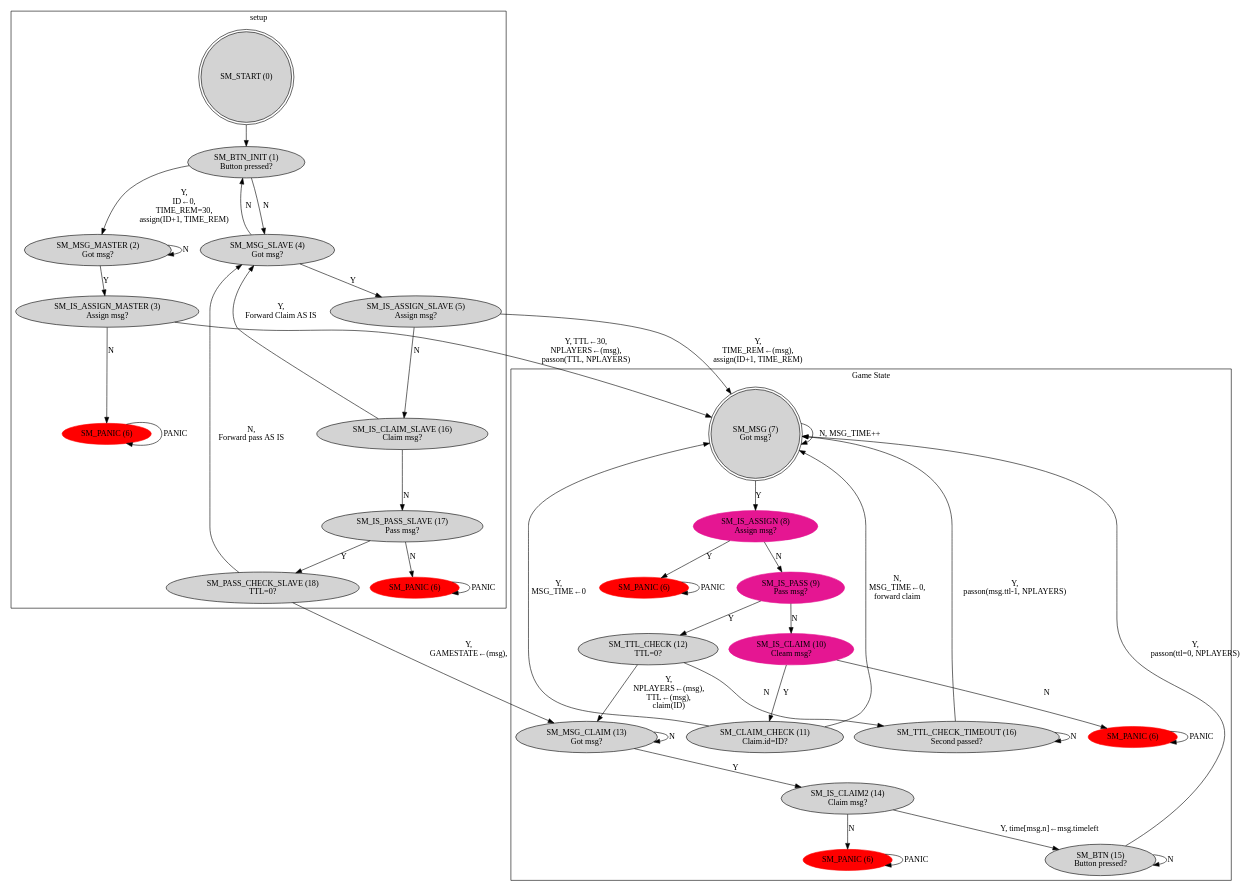
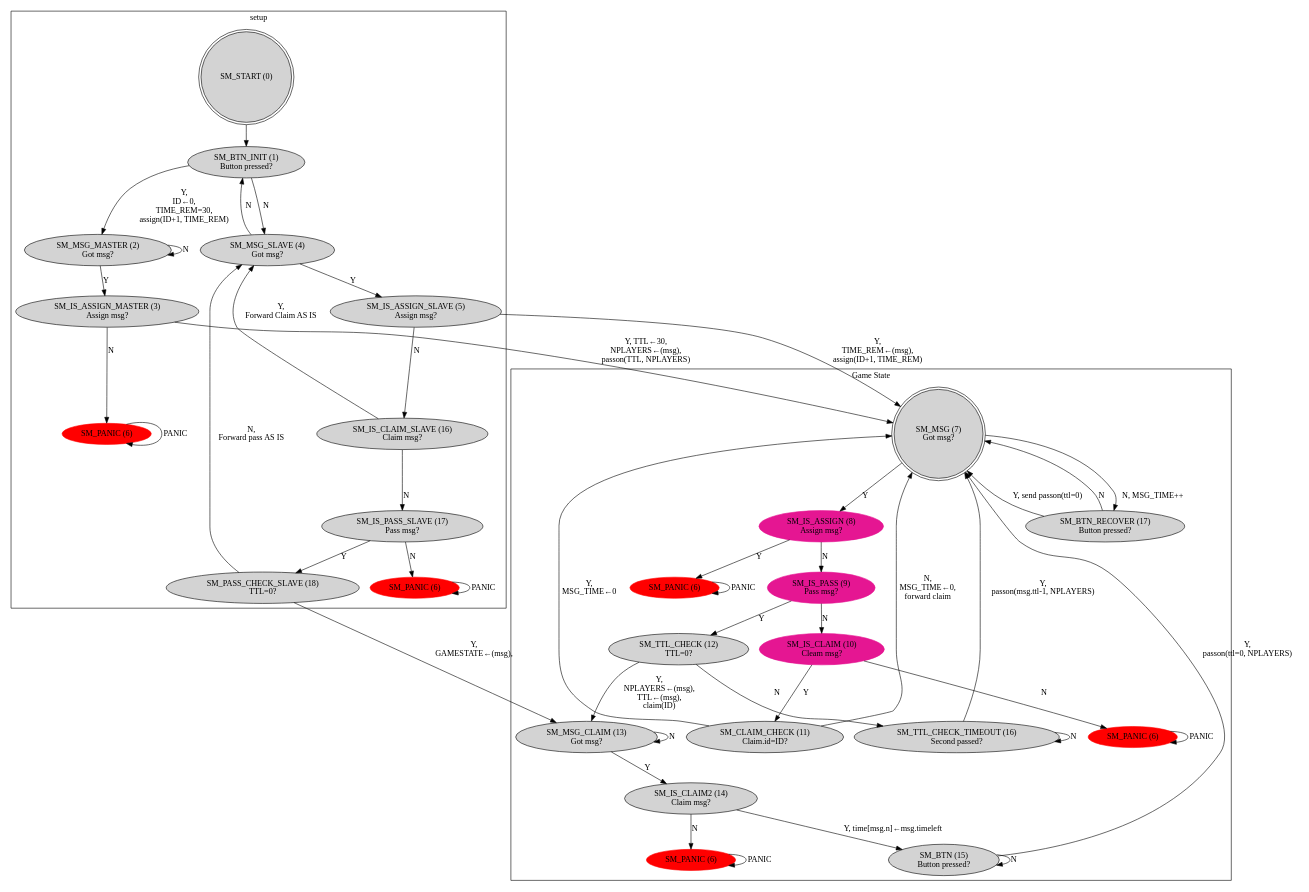
The diagram in docs/statemachine.dot (wutje/stc_nway_chessclock), drawn with Graphviz before and after one commit. The commit also changed 1 other file, not shown here.

Commit message:
Provide a way to recover for when next neighbour crashed but it was his turn. This should probably be a looong press so we don't trigger it by accident. If the crashed clock ate a CLAIM msg we are still lost.

```diff
--- a/docs/statemachine.dot
+++ b/docs/statemachine.dot
@@ -1,89 +1,92 @@
 digraph G {
     graph [layout = dot]
 
     subgraph cluster_0 {
         label = "setup";
         node [style = filled];
         SM_START [label = "SM_START (0)", shape=doublecircle];
         SM_BTN_INIT [label = "SM_BTN_INIT (1)\nButton pressed?"];
         SM_MSG_MASTER [label = "SM_MSG_MASTER (2)\nGot msg?"];
         SM_IS_ASSIGN_MASTER [label = "SM_IS_ASSIGN_MASTER (3)\nAssign msg?"];
         SM_MSG_SLAVE [label = "SM_MSG_SLAVE (4)\nGot msg?"];
         SM_IS_ASSIGN_SLAVE [label = "SM_IS_ASSIGN_SLAVE (5)\nAssign msg?"];
         SM_IS_CLAIM_SLAVE [label = "SM_IS_CLAIM_SLAVE (16)\nClaim msg?"];
         SM_IS_PASS_SLAVE [label = "SM_IS_PASS_SLAVE (17)\nPass msg?"];
         SM_PASS_CHECK_SLAVE [label = "SM_PASS_CHECK_SLAVE (18)\nTTL=0?"];
 
         SM_PANIC1 [label = "SM_PANIC (6)", style = filled, color = red];
         SM_PANIC2 [label = "SM_PANIC (6)", style = filled, color = red];
     }
 
     subgraph cluster_1 {
         label = "Game State";
         node [style = filled];
 
         SM_MSG [label = "SM_MSG (7)\nGot msg?", shape=doublecircle];
 
         SM_IS_ASSIGN [color = ".9, .9, .9", label = "SM_IS_ASSIGN (8)\nAssign msg?"];
         SM_IS_PASS [color =  ".9, .9, .9", label = "SM_IS_PASS (9)\nPass msg?"];
         SM_IS_CLAIM [color =   ".9, .9, .9", label = "SM_IS_CLAIM (10)\nCleam msg?"];
 
         SM_CLAIM_CHECK [label = "SM_CLAIM_CHECK (11)\nClaim.id=ID?"];
         SM_TTL_CHECK [label = "SM_TTL_CHECK (12)\nTTL=0?"];
         SM_MSG_CLAIM [label = "SM_MSG_CLAIM (13)\nGot msg?"];
         SM_IS_CLAIM2 [label = "SM_IS_CLAIM2 (14)\nClaim msg?"];
         SM_BTN [label = "SM_BTN (15)\nButton pressed?"];
         SM_TTL_CHECK_TIMEOUT [label = "SM_TTL_CHECK_TIMEOUT (16)\nSecond passed?"];
+        SM_BTN_RECOVER [label = "SM_BTN_RECOVER (17)\nButton pressed?"];
 
         SM_PANIC3 [label = "SM_PANIC (6)", style = filled, color = red];
         SM_PANIC4 [label = "SM_PANIC (6)", style = filled, color = red];
         SM_PANIC5 [label = "SM_PANIC (6)", style = filled, color = red];
     }
 
     // SETUP
     SM_START -> SM_BTN_INIT;
     SM_BTN_INIT -> SM_MSG_MASTER [label = "Y,\nID←0,\nTIME_REM=30,\nassign(ID+1, TIME_REM)"];
     SM_BTN_INIT -> SM_MSG_SLAVE [label = "N"];
     SM_MSG_MASTER -> SM_IS_ASSIGN_MASTER [label = "Y"];
     SM_MSG_MASTER -> SM_MSG_MASTER [label = "N"];
     SM_IS_ASSIGN_MASTER -> SM_MSG [label = "Y, TTL←30,\nNPLAYERS←(msg),\npasson(TTL, NPLAYERS)"];
     SM_IS_ASSIGN_MASTER -> SM_PANIC1 [label = "N"];
     SM_MSG_SLAVE -> SM_IS_ASSIGN_SLAVE [label = "Y"];
     SM_MSG_SLAVE -> SM_BTN_INIT [label = "N"];
     SM_IS_ASSIGN_SLAVE -> SM_MSG [label = "Y,\nTIME_REM←(msg),\nassign(ID+1, TIME_REM)"];
     SM_IS_ASSIGN_SLAVE -> SM_IS_CLAIM_SLAVE [label = "N"];
     SM_IS_CLAIM_SLAVE -> SM_MSG_SLAVE [label = "Y,\nForward Claim AS IS"];
     SM_IS_CLAIM_SLAVE -> SM_IS_PASS_SLAVE [label = "N"];
     SM_IS_PASS_SLAVE -> SM_PASS_CHECK_SLAVE [label = "Y"];
     SM_IS_PASS_SLAVE -> SM_PANIC2 [label = "N"];
     SM_PASS_CHECK_SLAVE -> SM_MSG_CLAIM [label = "Y,\nGAMESTATE←(msg),\n"];
     SM_PASS_CHECK_SLAVE -> SM_MSG_SLAVE [label = "N,\nForward pass AS IS"];
 
     SM_PANIC1 -> SM_PANIC1 [label = "PANIC"];
     SM_PANIC2 -> SM_PANIC2 [label = "PANIC"];
     SM_PANIC3 -> SM_PANIC3 [label = "PANIC"];
     SM_PANIC4 -> SM_PANIC4 [label = "PANIC"];
     SM_PANIC5 -> SM_PANIC5 [label = "PANIC"];
 
     // REGULAR GAME
     SM_MSG -> SM_IS_ASSIGN [label = "Y"];
-    SM_MSG -> SM_MSG [label = "N, MSG_TIME++"];
+    SM_MSG -> SM_BTN_RECOVER [label = "N, MSG_TIME++"];
+    SM_BTN_RECOVER -> SM_MSG [label = "Y, send passon(ttl=0)"];
+    SM_BTN_RECOVER -> SM_MSG [label = "N"];
     SM_IS_ASSIGN -> SM_PANIC3 [label = "Y"];
     SM_IS_ASSIGN -> SM_IS_PASS [label = "N"];
     SM_IS_PASS -> SM_TTL_CHECK [label = "Y"];
     SM_IS_PASS -> SM_IS_CLAIM [label = "N"];
     SM_IS_CLAIM -> SM_CLAIM_CHECK [label = "Y"];
     SM_IS_CLAIM -> SM_PANIC4 [label = "N"];
     SM_CLAIM_CHECK -> SM_MSG [label = "Y,\nMSG_TIME←0"];
     SM_CLAIM_CHECK -> SM_MSG [label = "N,\nMSG_TIME←0,\nforward claim"];
     SM_TTL_CHECK -> SM_MSG_CLAIM [label = "Y,\nNPLAYERS←(msg),\nTTL←(msg),\nclaim(ID)"];
     SM_TTL_CHECK -> SM_TTL_CHECK_TIMEOUT [label = "N"];
     SM_TTL_CHECK_TIMEOUT -> SM_MSG [label = "Y,\npasson(msg.ttl-1, NPLAYERS)"];
     SM_TTL_CHECK_TIMEOUT -> SM_TTL_CHECK_TIMEOUT [label = "N"];
     SM_MSG_CLAIM -> SM_IS_CLAIM2 [label = "Y"];
     SM_MSG_CLAIM -> SM_MSG_CLAIM [label = "N"];
     SM_IS_CLAIM2 -> SM_BTN [label = "Y, time[msg.n]←msg.timeleft"];
     SM_IS_CLAIM2 -> SM_PANIC5 [label = "N"];
     SM_BTN -> SM_MSG [label = "Y,\npasson(ttl=0, NPLAYERS)"];
     SM_BTN -> SM_BTN [label = "N"];
 }
```
